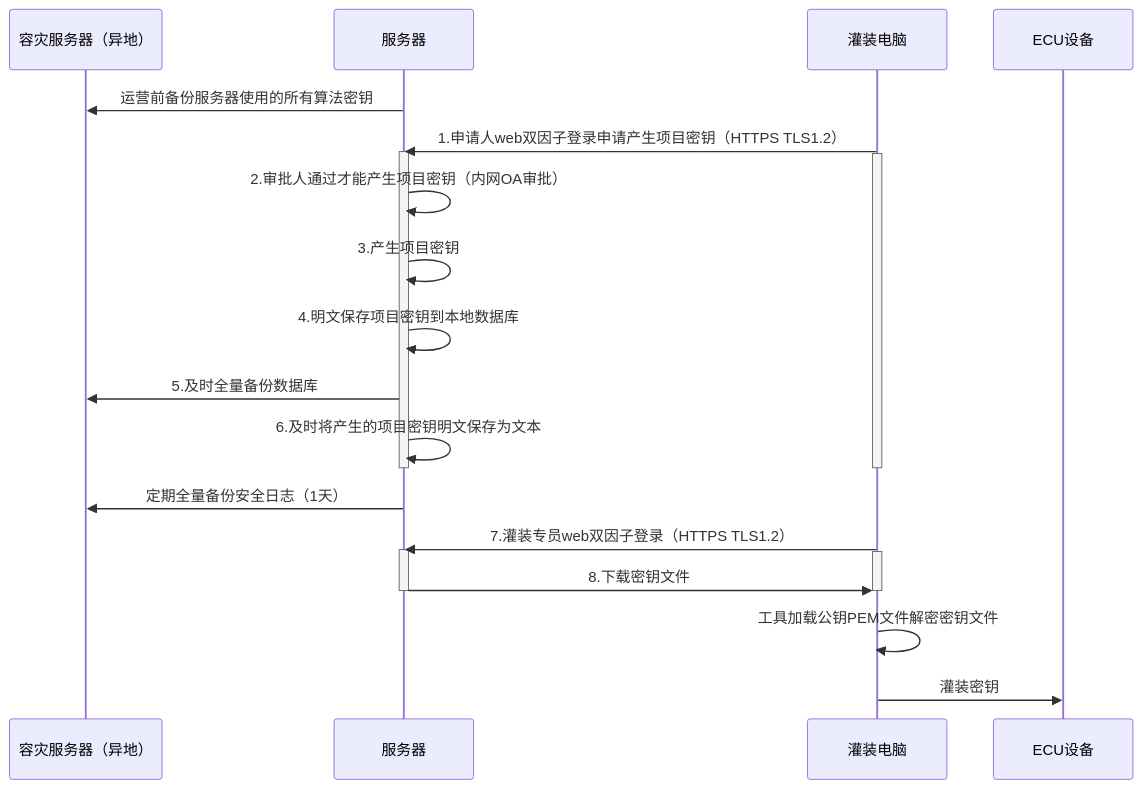
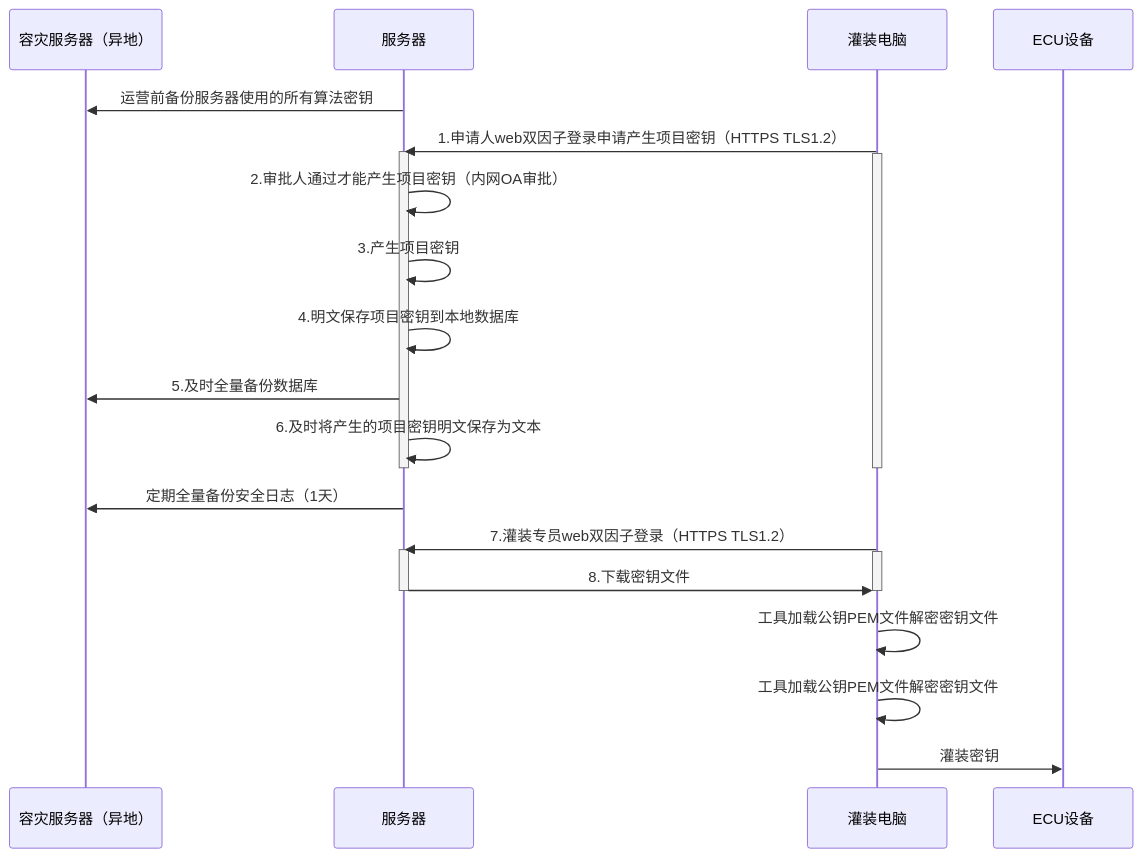
The diagram in all/未命名-17.md (facebook-cloud/iodraw-files), drawn with Mermaid before and after one commit.

Commit message:
2026-03-05 20:52:04 update

````diff
--- a/all/未命名-17.md
+++ b/all/未命名-17.md
@@ -1,32 +1,33 @@
 ```mermaid
 sequenceDiagram
     participant A as 容灾服务器（异地）
     participant B as 服务器
     participant D as 灌装电脑
     participant E as ECU设备
 
     B->>A: 运营前备份服务器使用的所有算法密钥
     D->>B: 1.申请人web双因子登录申请产生项目密钥（HTTPS TLS1.2）
     activate B
     activate D
     B->>B: 2.审批人通过才能产生项目密钥（内网OA审批）
     B->>B: 3.产生项目密钥
     B->>B: 4.明文保存项目密钥到本地数据库
     B->>A: 5.及时全量备份数据库
     B->>B: 6.及时将产生的项目密钥明文保存为文本
     deactivate B
     deactivate D
 
     B->>A: 定期全量备份安全日志（1天）
     
     D->>B: 7.灌装专员web双因子登录（HTTPS TLS1.2）
     activate B
     activate D
     B->>D: 8.下载密钥文件
     deactivate B
     deactivate D
 
     D->>D:工具加载公钥PEM文件解密密钥文件
+    D->>D:工具加载公钥PEM文件解密密钥文件
     
     D->>E: 灌装密钥
 ```
````
